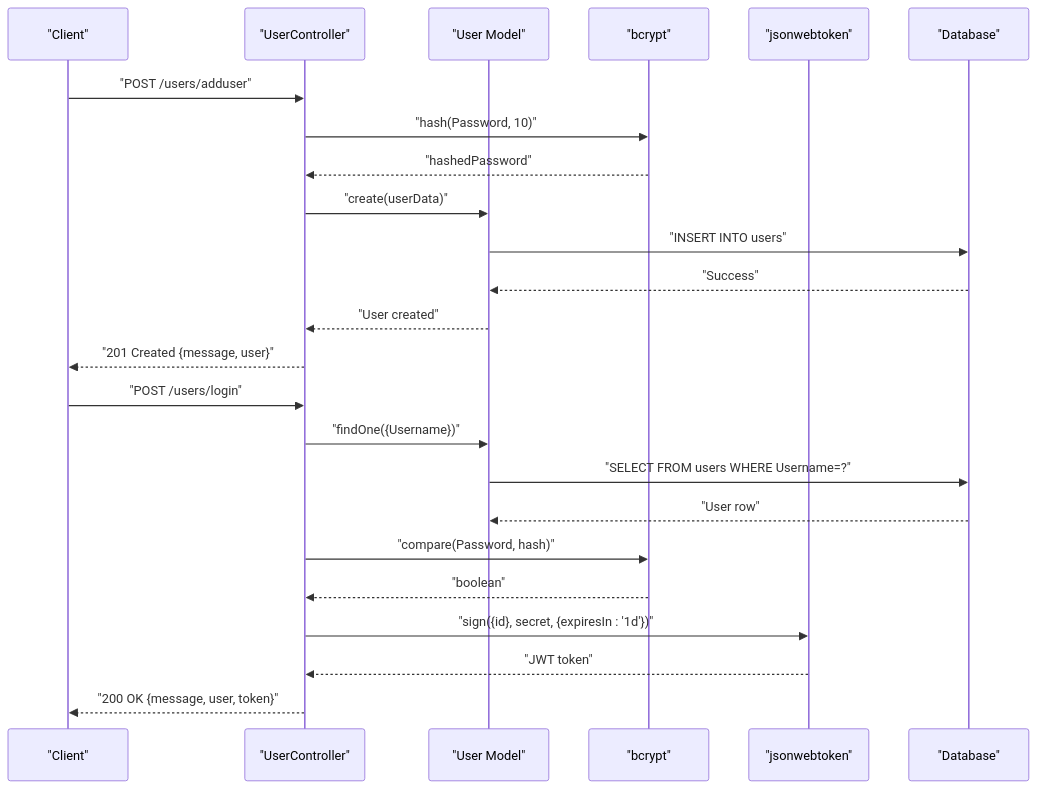
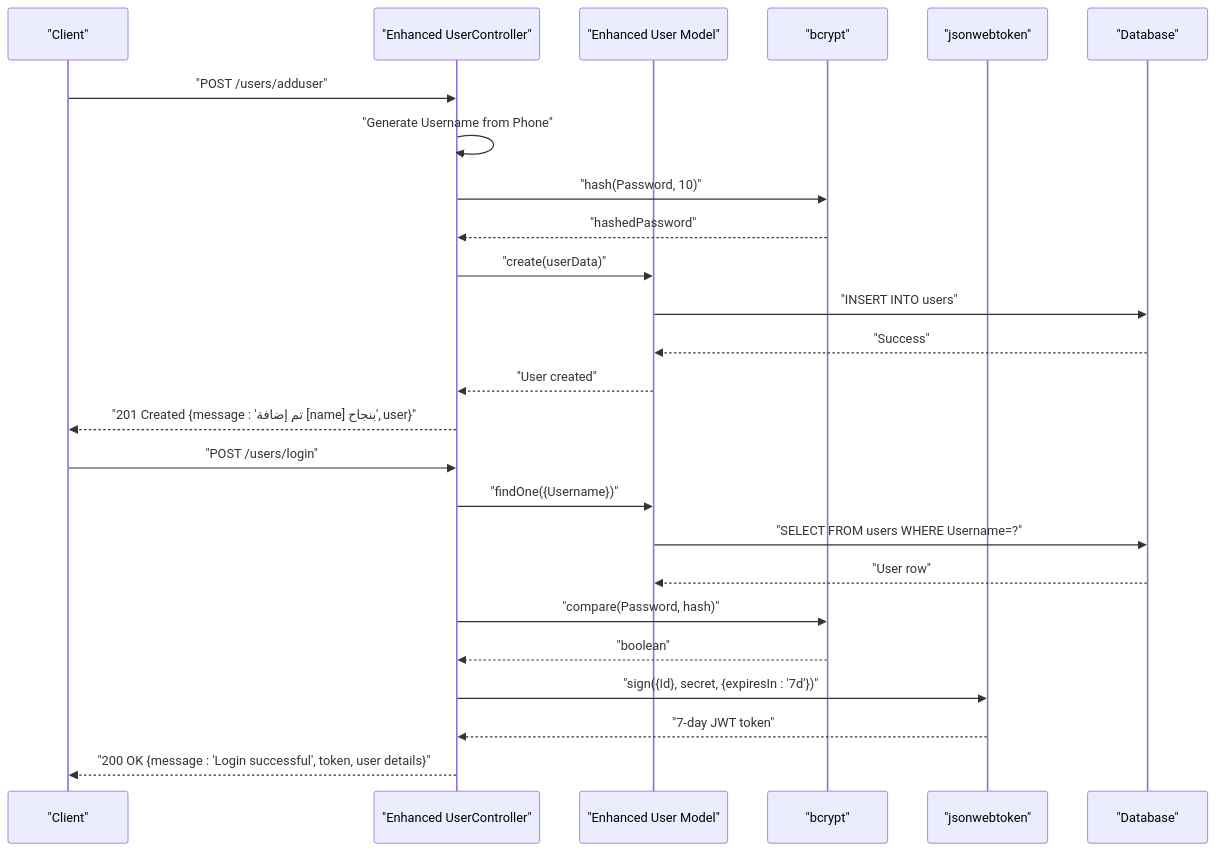
Before and after one commit to Mreng78/khirocom_project: the fourth of 8 diagrams in .qoder/repowiki/en/content/Feature Modules/User Management System.md, drawn with Mermaid. The commit also changed other lines of this file and 13 other files, not shown here.

````diff
--- a/.qoder/repowiki/en/content/Feature Modules/User Management System.md
+++ b/.qoder/repowiki/en/content/Feature Modules/User Management System.md
@@ -258,26 +286,27 @@
 ```mermaid
 sequenceDiagram
 participant Client as "Client"
-participant UserController as "UserController"
-participant UserModel as "User Model"
+participant UserController as "Enhanced UserController"
+participant UserModel as "Enhanced User Model"
 participant Bcrypt as "bcrypt"
 participant JWT as "jsonwebtoken"
 participant DB as "Database"
 Client->>UserController : "POST /users/adduser"
+UserController->>UserController : "Generate Username from Phone"
 UserController->>Bcrypt : "hash(Password, 10)"
 Bcrypt-->>UserController : "hashedPassword"
 UserController->>UserModel : "create(userData)"
 UserModel->>DB : "INSERT INTO users"
 DB-->>UserModel : "Success"
 UserModel-->>UserController : "User created"
-UserController-->>Client : "201 Created {message, user}"
+UserController-->>Client : "201 Created {message : 'تم إضافة [name] بنجاح', user}"
 Client->>UserController : "POST /users/login"
 UserController->>UserModel : "findOne({Username})"
 UserModel->>DB : "SELECT FROM users WHERE Username=?"
 DB-->>UserModel : "User row"
 UserController->>Bcrypt : "compare(Password, hash)"
 Bcrypt-->>UserController : "boolean"
-UserController->>JWT : "sign({id}, secret, {expiresIn : '1d'})"
-JWT-->>UserController : "JWT token"
-UserController-->>Client : "200 OK {message, user, token}"
+UserController->>JWT : "sign({Id}, secret, {expiresIn : '7d'})"
+JWT-->>UserController : "7-day JWT token"
+UserController-->>Client : "200 OK {message : 'Login successful', token, user details}"
 ```
````
